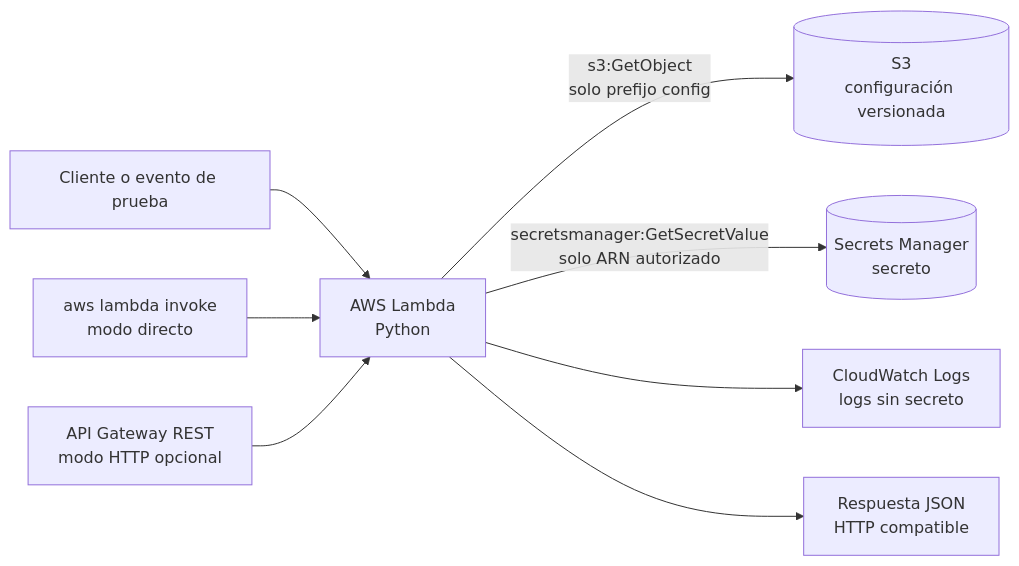
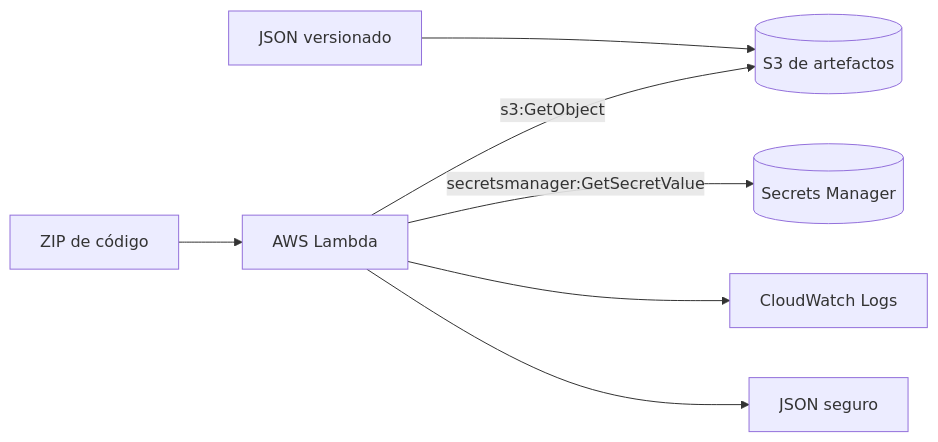
One commit to VanGoMu/lamda-cicd changed the diagram in README.md. Above: the diagram before and after it, drawn with Mermaid. The commit also changed other lines of this file and 15 other files, not shown here.

````diff
--- a/README.md
+++ b/README.md
@@ -31,10 +43,9 @@
 ```mermaid
 flowchart LR
-    User[Cliente o evento de prueba] --> Lambda[AWS Lambda\nPython]
-    Lambda -->|s3:GetObject\nsolo prefijo config| Config[(S3\nconfiguración versionada)]
-    Lambda -->|secretsmanager:GetSecretValue\nsolo ARN autorizado| Secret[(Secrets Manager\nsecreto)]
-    Lambda --> Logs[CloudWatch Logs\nlogs sin secreto]
-    Lambda --> Response[Respuesta JSON\nHTTP compatible]
-    Direct[aws lambda invoke\nmodo directo] --> Lambda
-    Api[API Gateway REST\nmodo HTTP opcional] --> Lambda
+    Code[ZIP de código] --> Lambda[AWS Lambda]
+    Config[JSON versionado] --> S3[(S3 de artefactos)]
+    Lambda -->|s3:GetObject| S3
+    Lambda -->|secretsmanager:GetSecretValue| Secret[(Secrets Manager)]
+    Lambda --> Logs[CloudWatch Logs]
+    Lambda --> Response[JSON seguro]
 ```
````
